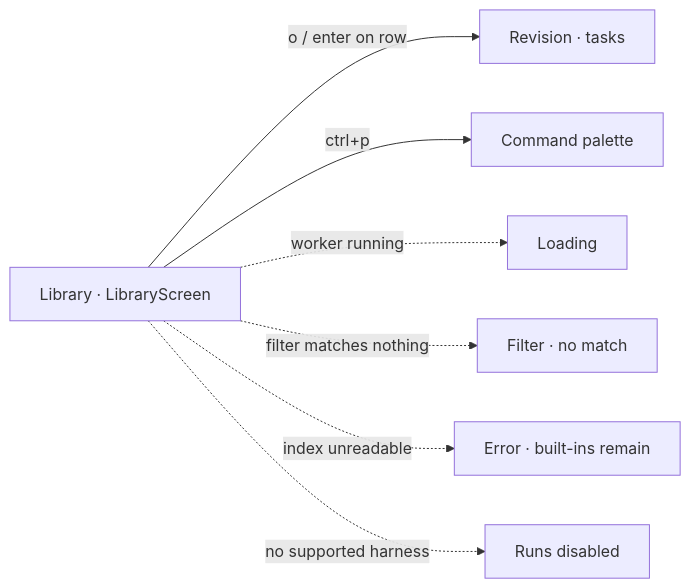
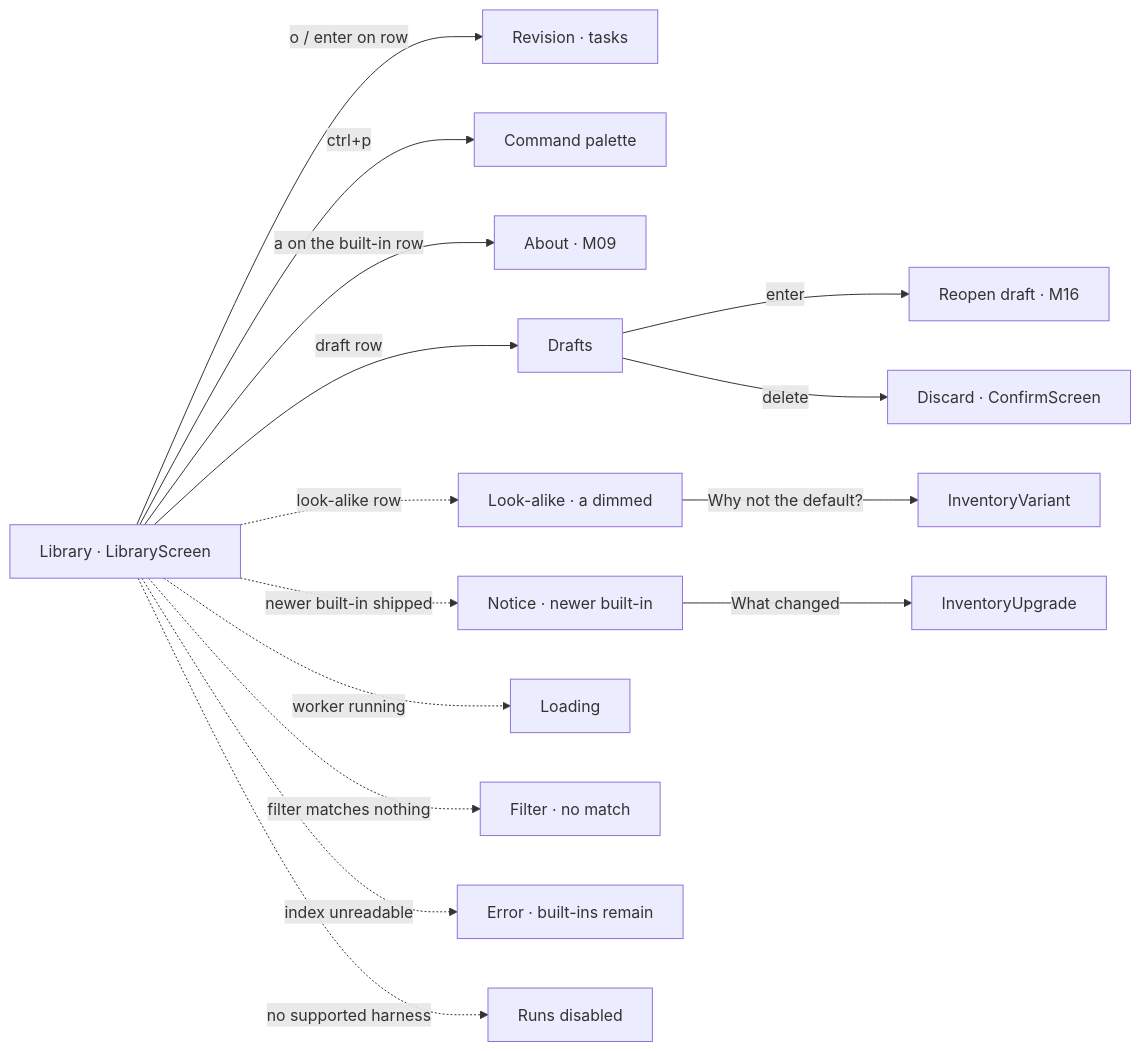
The first of 23 diagrams in spec/design/wireframe-tui/navigation.md (AxionomicAI/AxBenchmark), drawn with Mermaid before and after one commit. The commit also changed other lines of this file and 228 other files, not shown here.

````diff
--- a/spec/design/wireframe-tui/navigation.md
+++ b/spec/design/wireframe-tui/navigation.md
@@ -52,9 +54,17 @@
 ```mermaid
 flowchart LR
     Library["Library · LibraryScreen"] -->|o / enter on row| TemplateTasks["Revision · tasks"]
     Library -->|ctrl+p| CommandPalette["Command palette"]
+    Library -->|a on the built-in row| InventoryAbout["About · M09"]
+    Library -->|draft row| LibraryDrafts["Drafts"]
+    LibraryDrafts -->|enter| Planning["Reopen draft · M16"]
+    LibraryDrafts -->|delete| DraftDiscard["Discard · ConfirmScreen"]
+    Library -.->|look-alike row| LibraryLookAlike["Look-alike · a dimmed"]
+    LibraryLookAlike -->|Why not the default?| InventoryVariant
+    Library -.->|newer built-in shipped| LibraryUpgrade["Notice · newer built-in"]
+    LibraryUpgrade -->|What changed| InventoryUpgrade
     Library -.->|worker running| LibraryLoading["Loading"]
     Library -.->|filter matches nothing| LibraryEmpty["Filter · no match"]
     Library -.->|index unreadable| LibraryError["Error · built-ins remain"]
     Library -.->|no supported harness| LibraryNoHarness["Runs disabled"]
 ```
````
